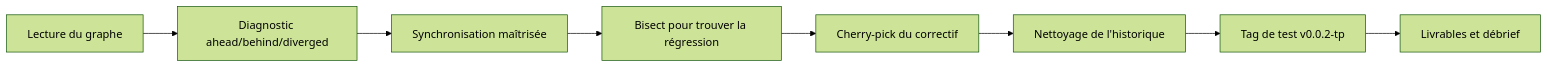
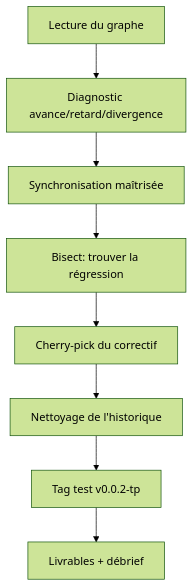
The diagram in doc/0377_TP.md (GrCOTE7/gsm), drawn with Mermaid (forest theme) before and after one commit. The commit also changed other lines of this file and 1 other file, not shown here.

Commit message:
serie 03 OK

````diff
--- a/doc/0377_TP.md
+++ b/doc/0377_TP.md
@@ -34,10 +34,11 @@
 ```mermaid
-flowchart LR
-  A[Lecture du graphe] --> B[Diagnostic ahead/behind/diverged]
-  B --> C[Synchronisation maîtrisée]
-  C --> D[Bisect pour trouver la régression]
-  D --> E[Cherry-pick du correctif]
-  E --> F[Nettoyage de l'historique]
-  F --> G[Tag de test v0.0.2-tp]
-  G --> H[Livrables et débrief]
+flowchart TD
+  A[Lecture du graphe]
+  --> B[Diagnostic avance/retard/divergence]
+  --> C[Synchronisation maîtrisée]
+  --> D[Bisect: trouver la régression]
+  --> E[Cherry-pick du correctif]
+  --> F[Nettoyage de l'historique]
+  --> G[Tag test v0.0.2-tp]
+  --> H[Livrables + débrief]
 ```
````
